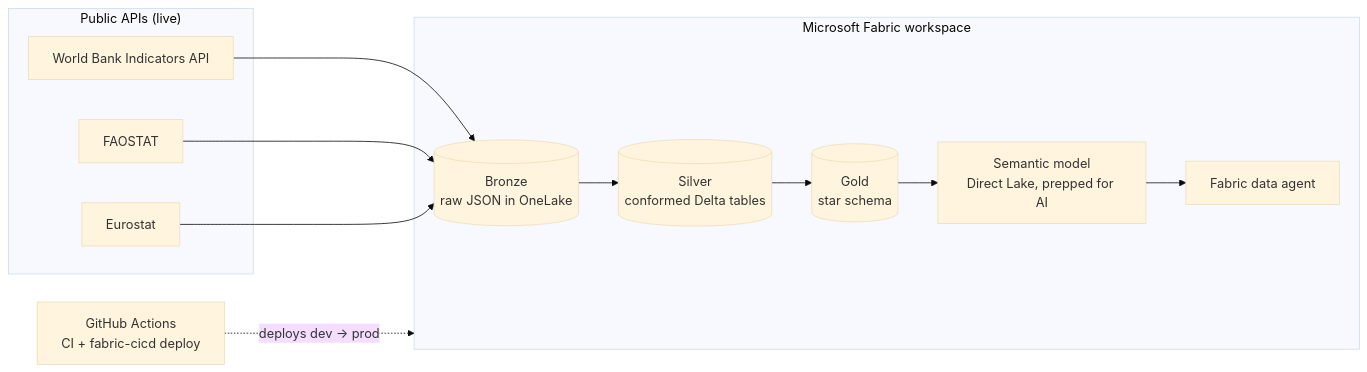
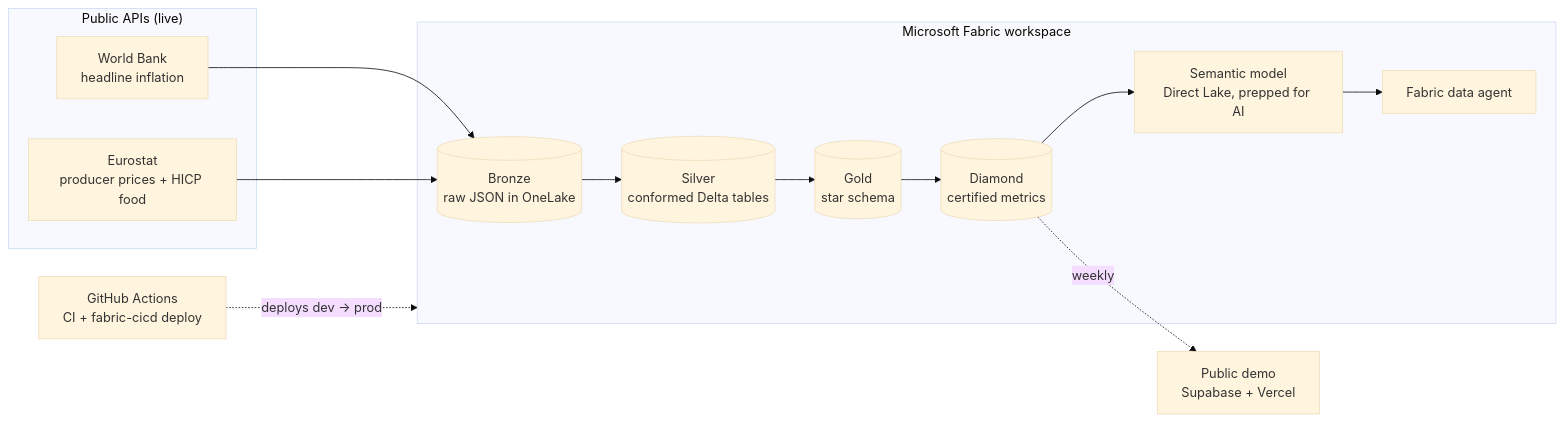
The diagram in README.md (alejandrocaldentey/fabric-lakehouse-food-prices), drawn with Mermaid (base theme) before and after one commit. The commit also changed other lines of this file and 2 other files, not shown here.

Commit message:
Update README, data model and CI for Eurostat, Diamond and governance

````diff
--- a/README.md
+++ b/README.md
@@ -13,18 +13,19 @@
 ```mermaid
 flowchart LR
     subgraph Sources["Public APIs (live)"]
-        WB[World Bank Indicators API]
-        FAO[FAOSTAT]
-        ES[Eurostat]
+        ES[Eurostat<br/>producer prices + HICP food]
+        WB[World Bank<br/>headline inflation]
     end
     subgraph Fabric["Microsoft Fabric workspace"]
         B[(Bronze<br/>raw JSON in OneLake)]
         S[(Silver<br/>conformed Delta tables)]
         G[(Gold<br/>star schema)]
+        D[(Diamond<br/>certified metrics)]
         SM[Semantic model<br/>Direct Lake, prepped for AI]
         DA[Fabric data agent]
     end
     GH[GitHub Actions<br/>CI + fabric-cicd deploy]
-    WB & FAO & ES --> B --> S --> G --> SM --> DA
+    WB & ES --> B --> S --> G --> D --> SM --> DA
+    D -. weekly .-> PUB[Public demo<br/>Supabase + Vercel]
     GH -. deploys dev → prod .-> Fabric
 ```
````
